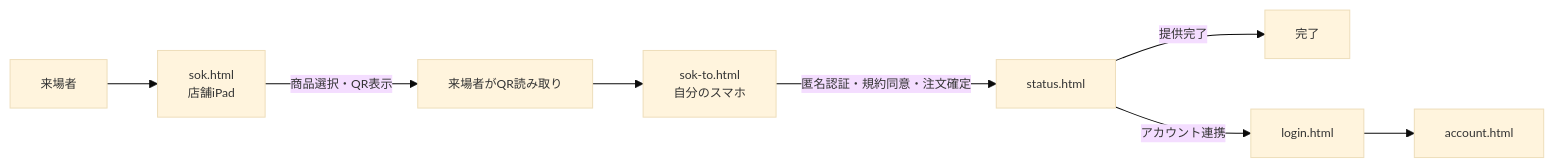
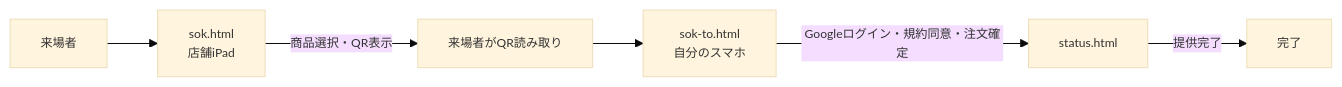
The second of 3 diagrams in 設計図/sandbox/第5章.md (ynr-cs/nanryosai2026), drawn with Mermaid before and after one commit. The commit also changed other lines of this file and 2 other files, not shown here.

````diff
--- a/設計図/sandbox/第5章.md
+++ b/設計図/sandbox/第5章.md
@@ -441,11 +478,9 @@
 ```mermaid
 %%{init: {'theme': 'base', 'themeVariables': { 'fontSize': '12px' }}}%%
 flowchart LR
     A[来場者] --> B[sok.html<br/>店舗iPad]
     B -->|商品選択・QR表示| C[来場者がQR読み取り]
     C --> D[sok-to.html<br/>自分のスマホ]
-    D -->|匿名認証・規約同意・注文確定| E[status.html]
+    D -->|Googleログイン・規約同意・注文確定| E[status.html]
     E -->|提供完了| F[完了]
-    E -->|アカウント連携| G[login.html]
-    G --> H[account.html]
 ```
````
